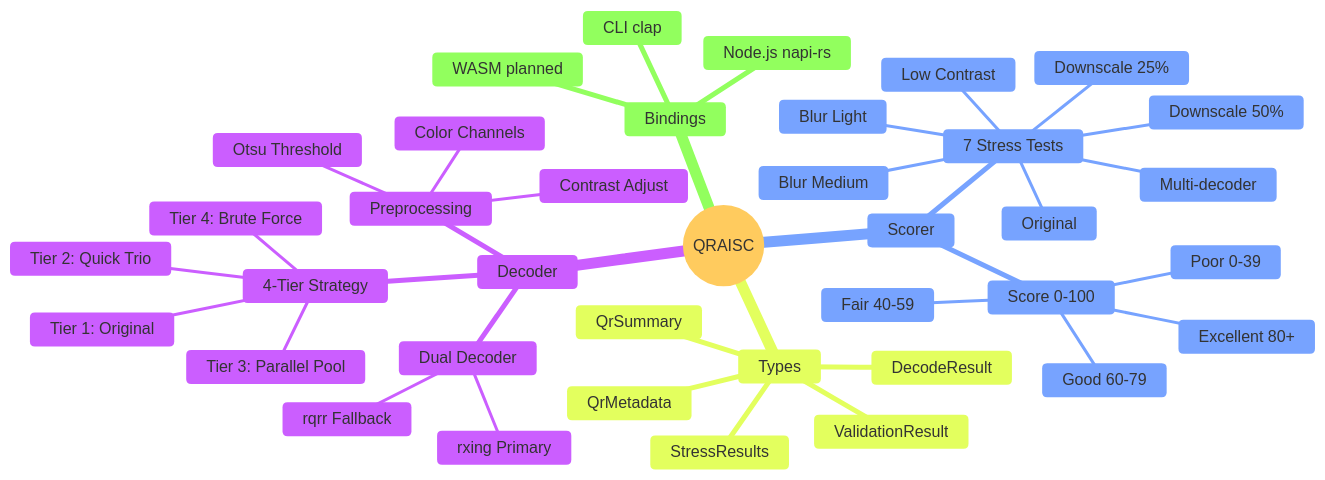
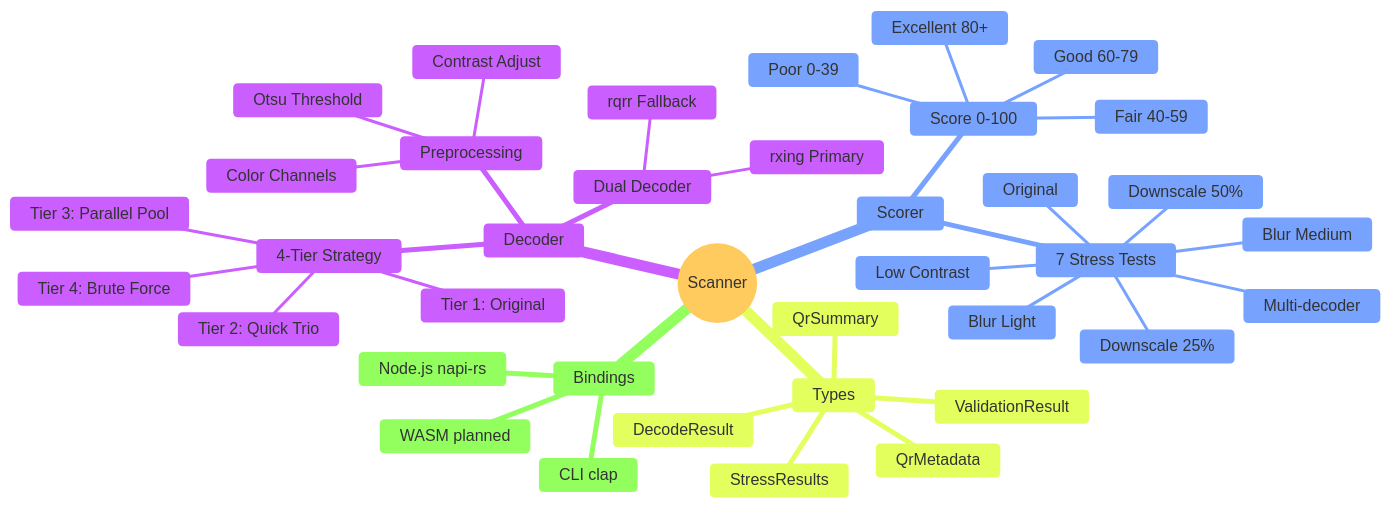
The first of 3 diagrams in SPEC.md (supernovae-ai/qrai-scanner), drawn with Mermaid before and after one commit. The commit also changed other lines of this file and 1 other file, not shown here.

First line of the commit message:
docs: standardize naming to "QR Code AI Scanner"

````diff
--- a/SPEC.md
+++ b/SPEC.md
@@ -30,42 +30,42 @@
 ```mermaid
 %%{init: {'theme': 'base', 'themeVariables': {'lineColor': '#64748b'}}}%%
 mindmap
-  root((QRAISC))
+  root((Scanner))
     Decoder
       4-Tier Strategy
         Tier 1: Original
         Tier 2: Quick Trio
         Tier 3: Parallel Pool
         Tier 4: Brute Force
       Dual Decoder
         rxing Primary
         rqrr Fallback
       Preprocessing
         Otsu Threshold
         Color Channels
         Contrast Adjust
     Scorer
       7 Stress Tests
         Original
         Downscale 50%
         Downscale 25%
         Blur Light
         Blur Medium
         Low Contrast
         Multi-decoder
       Score 0-100
         Excellent 80+
         Good 60-79
         Fair 40-59
         Poor 0-39
     Types
       ValidationResult
       DecodeResult
       QrMetadata
       StressResults
       QrSummary
     Bindings
       CLI clap
       Node.js napi-rs
       WASM planned
 ```
````
